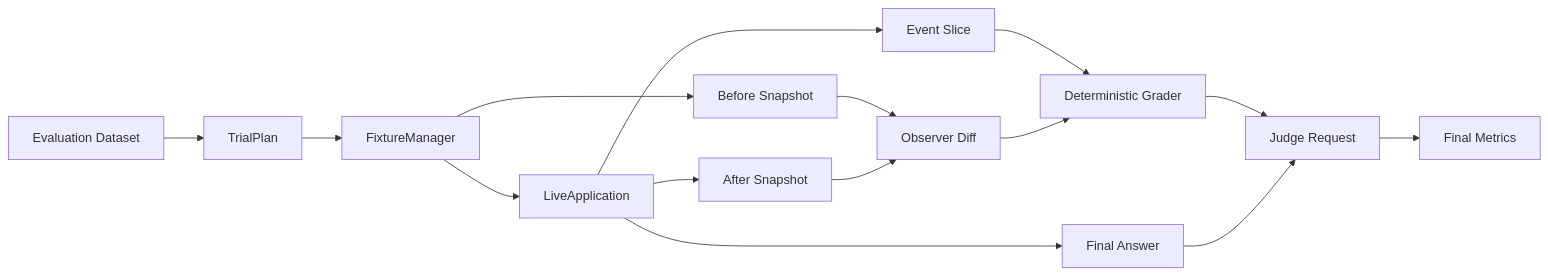
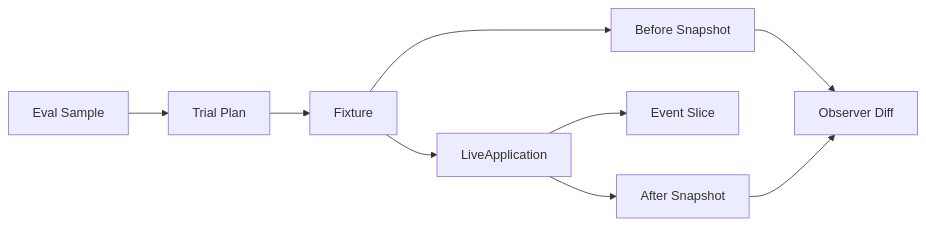
The first of 10 diagrams in docs/14-evaluation-design.md (Arthur999459up/GitAgent), drawn with Mermaid before and after one commit. The commit also changed other lines of this file and 15 other files, not shown here.

````diff
--- a/docs/14-evaluation-design.md
+++ b/docs/14-evaluation-design.md
@@ -41,17 +13,11 @@
 ```mermaid
 flowchart LR
-    D[Evaluation Dataset] --> P[TrialPlan]
-    P --> F[FixtureManager]
+    S[Eval Sample] --> P[Trial Plan]
+    P --> F[Fixture]
     F --> B[Before Snapshot]
-    F --> L[LiveApplication]
-    L --> E[Event Slice]
-    L --> A[Final Answer]
-    L --> C[After Snapshot]
-    B --> O[Observer Diff]
-    C --> O
-    E --> G[Deterministic Grader]
-    O --> G
-    G --> J[Judge Request]
-    A --> J
-    J --> M[Final Metrics]
+    F --> A[LiveApplication]
+    A --> E[Event Slice]
+    A --> O[After Snapshot]
+    B --> D[Observer Diff]
+    O --> D
 ```
````
